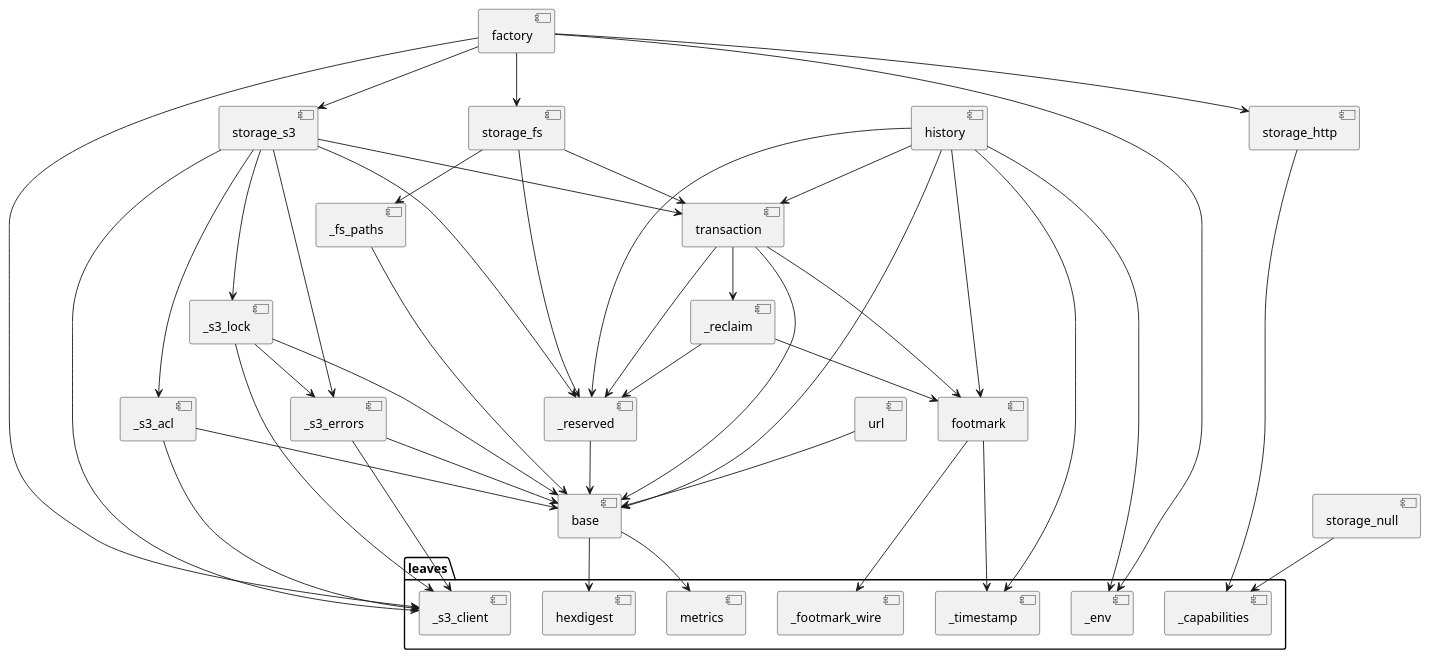
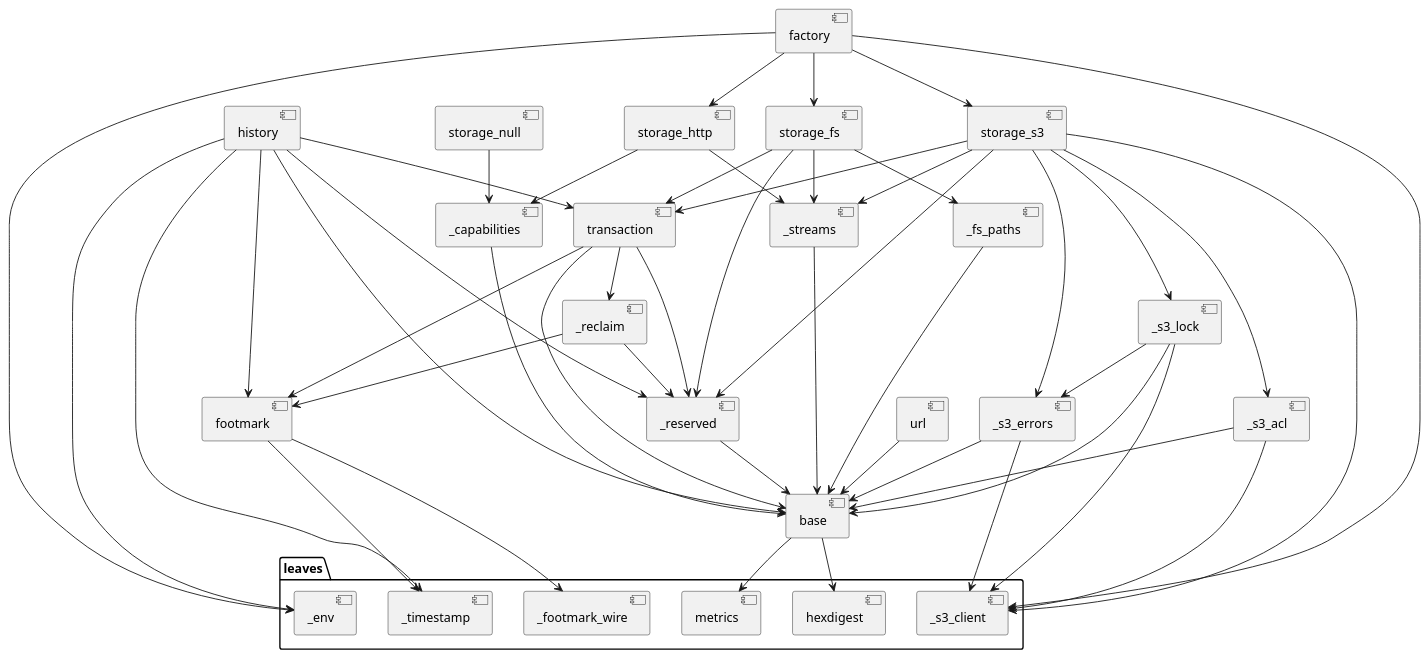
The diagram in docs/development/diagrams/architecture-modules.puml (vinklat/txstore), drawn with PlantUML before and after one commit. The commit also changed 41 other files, not shown here.

```diff
--- a/docs/development/diagrams/architecture-modules.puml
+++ b/docs/development/diagrams/architecture-modules.puml
@@ -1,53 +1,57 @@
 @startuml
 package leaves {
   [_env]
   [_timestamp]
   [_footmark_wire]
   [_s3_client]
-  [_capabilities]
   [hexdigest]
   [metrics]
 }
 [base] --> [hexdigest]
 [base] --> [metrics]
 [url] --> [base]
+[_capabilities] --> [base]
+[_streams] --> [base]
 [_reserved] --> [base]
 [_fs_paths] --> [base]
 [_s3_acl] --> [base]
 [_s3_acl] --> [_s3_client]
 [_s3_errors] --> [base]
 [_s3_errors] --> [_s3_client]
 [_s3_lock] --> [base]
 [_s3_lock] --> [_s3_client]
 [_s3_lock] --> [_s3_errors]
 [footmark] --> [_footmark_wire]
 [footmark] --> [_timestamp]
 [transaction] --> [base]
 [transaction] --> [footmark]
 [transaction] --> [_reserved]
 [transaction] --> [_reclaim]
 [_reclaim] --> [footmark]
 [_reclaim] --> [_reserved]
 [history] --> [base]
 [history] --> [footmark]
 [history] --> [_timestamp]
 [history] --> [transaction]
 [history] --> [_env]
 [history] --> [_reserved]
 [storage_fs] --> [transaction]
+[storage_fs] --> [_streams]
 [storage_fs] --> [_fs_paths]
 [storage_fs] --> [_reserved]
 [storage_s3] --> [transaction]
+[storage_s3] --> [_streams]
 [storage_s3] --> [_s3_client]
 [storage_s3] --> [_s3_acl]
 [storage_s3] --> [_s3_errors]
 [storage_s3] --> [_s3_lock]
 [storage_s3] --> [_reserved]
 [storage_http] --> [_capabilities]
+[storage_http] --> [_streams]
 [storage_null] --> [_capabilities]
 [factory] --> [storage_fs]
 [factory] --> [storage_s3]
 [factory] --> [storage_http]
 [factory] --> [_env]
 [factory] --> [_s3_client]
 @enduml
```
